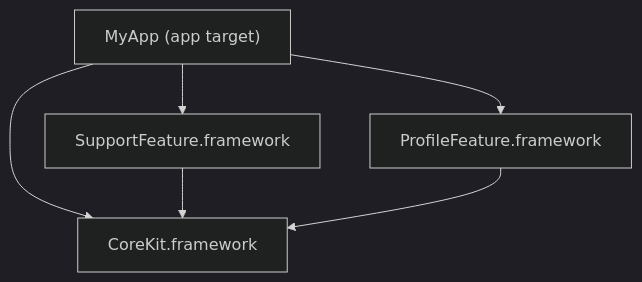
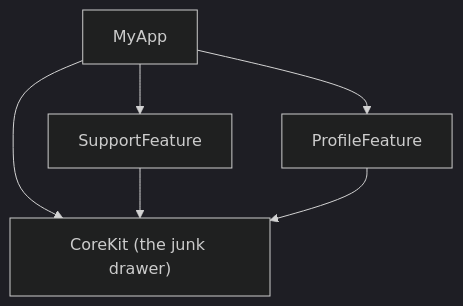
One commit to Hitarthbhatt/mergeable-libraries-demo changed the first of 2 diagrams in docs/mergeable-libraries-blog.md. Above: the diagram before and after it, drawn with Mermaid (dark theme). The commit also changed other lines of this file, not shown here.

````diff
--- a/docs/mergeable-libraries-blog.md
+++ b/docs/mergeable-libraries-blog.md
@@ -37,8 +22,8 @@
 ```mermaid
 graph TD
-    App["MyApp (app target)"] --> Support["SupportFeature.framework"]
-    App --> Profile["ProfileFeature.framework"]
-    App --> Core["CoreKit.framework"]
+    App["MyApp"] --> Support["SupportFeature"]
+    App --> Profile["ProfileFeature"]
+    App --> Core["CoreKit (the junk drawer)"]
     Support --> Core
     Profile --> Core
 ```
````
